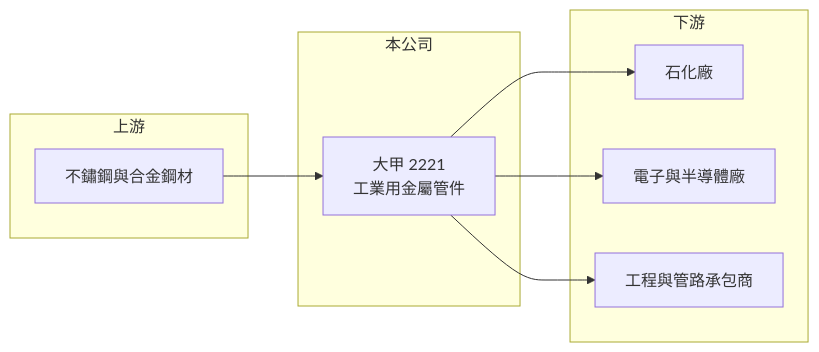
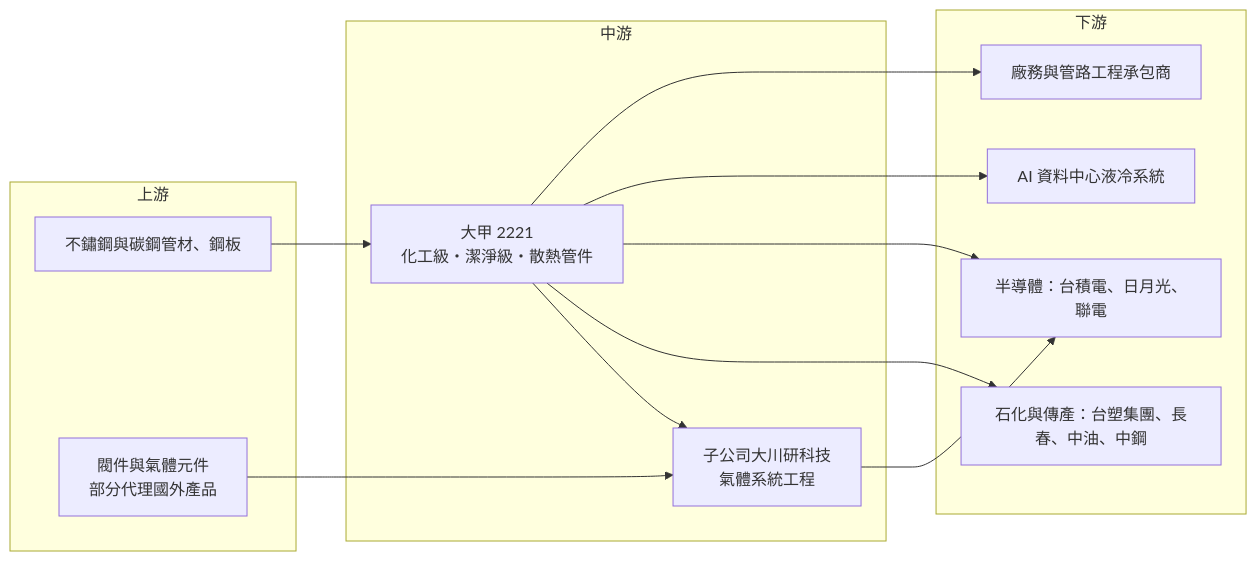
The third of 3 diagrams in 個股/台股/2221大甲.md (wangnick1004/taiwan-stock-vault), drawn with Mermaid before and after one commit. The commit also changed other lines of this file and 6 other files, not shown here.

````diff
--- a/個股/台股/2221大甲.md
+++ b/個股/台股/2221大甲.md
@@ -83,18 +205,25 @@
 ```mermaid
 flowchart LR
     subgraph 上游
-        A1["不鏽鋼與合金鋼材"]
+        A1["不鏽鋼與碳鋼管材、鋼板"]
+        A2["閥件與氣體元件<br/>部分代理國外產品"]
     end
-    subgraph 本公司
-        B["大甲 2221<br/>工業用金屬管件"]
+    subgraph 中游
+        B["大甲 2221<br/>化工級・潔淨級・散熱管件"]
+        B2["子公司大川研科技<br/>氣體系統工程"]
     end
     subgraph 下游
-        C1["石化廠"]
-        C2["電子與半導體廠"]
-        C3["工程與管路承包商"]
+        C1["石化與傳產：台塑集團、長春、中油、中鋼"]
+        C2["半導體：台積電、日月光、聯電"]
+        C3["AI 資料中心液冷系統"]
+        C4["廠務與管路工程承包商"]
     end
     A1 --> B
+    A2 --> B2
+    B --> B2
     B --> C1
     B --> C2
+    B2 --> C2
     B --> C3
+    B --> C4
 ```
````
